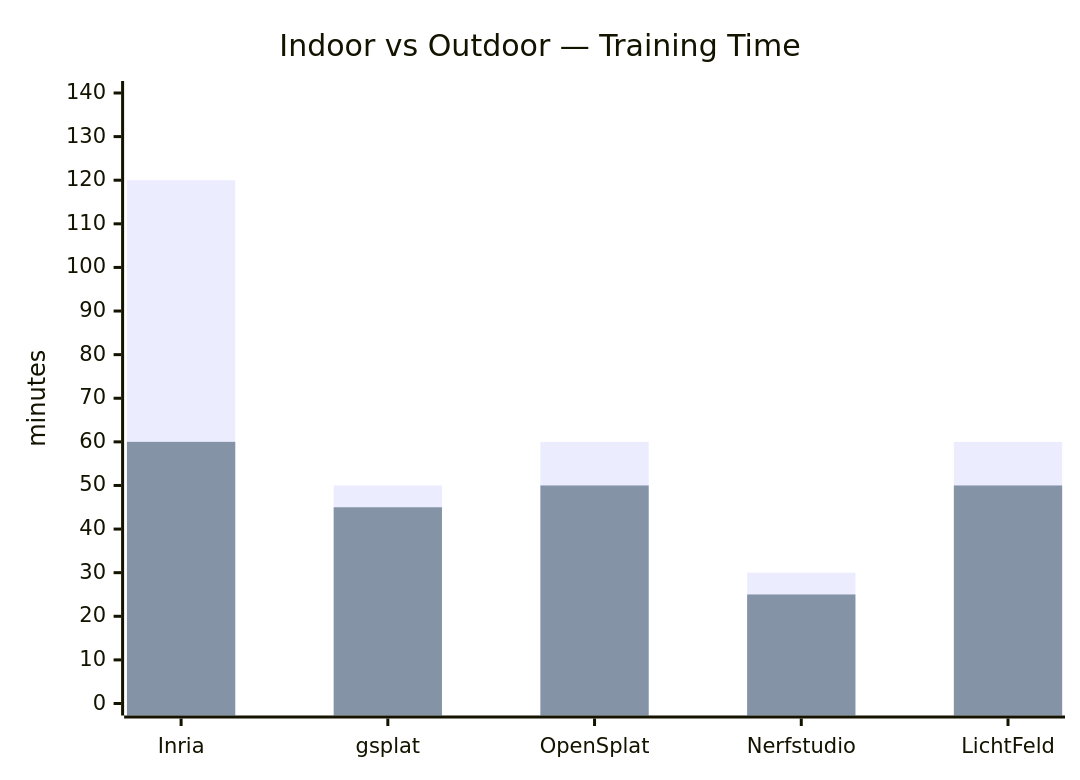
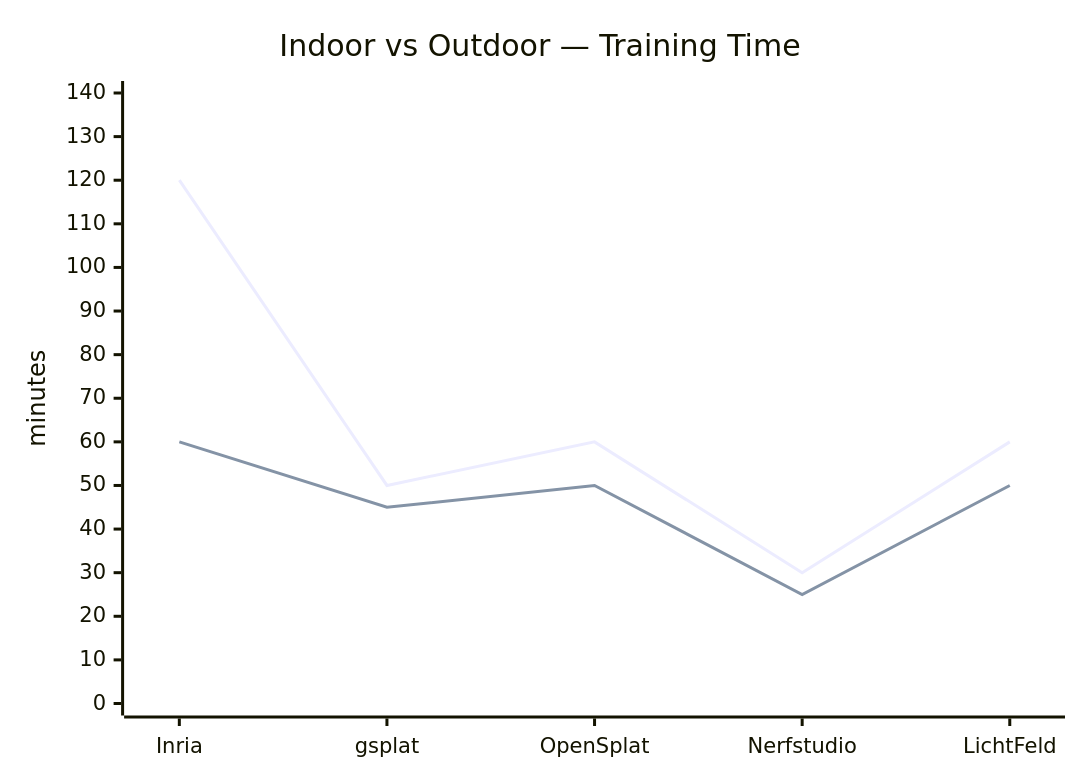
One commit to CGVGroup/gaussian-splatting-tools-comparison changed the second of 3 diagrams in benchmark/indoor-vs-outdoor.md. Above: the diagram before and after it, drawn with Mermaid. The commit also changed other lines of this file, not shown here.

````diff
--- a/benchmark/indoor-vs-outdoor.md
+++ b/benchmark/indoor-vs-outdoor.md
@@ -58,8 +61,8 @@
 ```mermaid
 xychart-beta
     title "Indoor vs Outdoor — Training Time"
     x-axis ["Inria","gsplat","OpenSplat","Nerfstudio","LichtFeld"]
     y-axis "minutes" 0 --> 140
-    bar [120,50,60,30,60]
-    bar [60,45,50,25,50]
+    line [120,50,60,30,60]
+    line [60,45,50,25,50]
 ```
````
